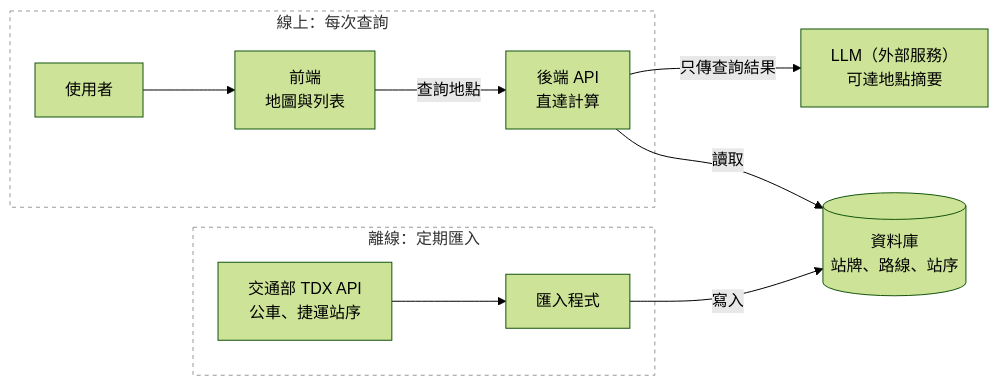
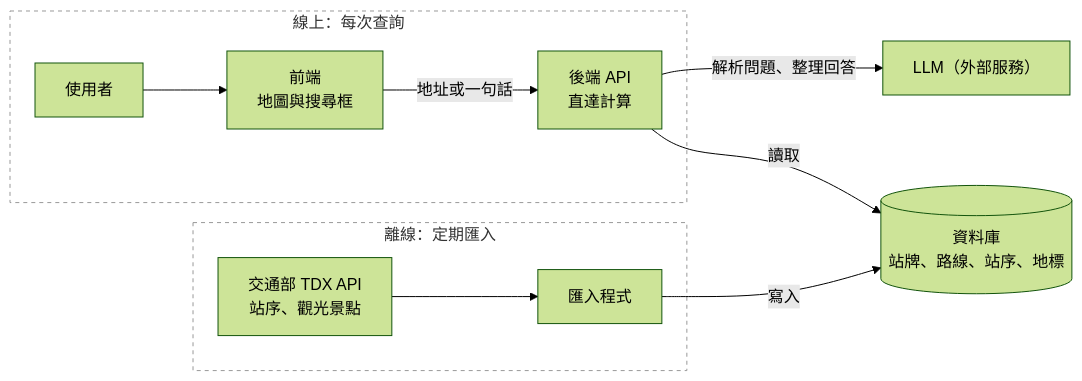
The second of 2 diagrams in proposal.md (transit-reach/dev-notes), drawn with Mermaid (forest theme) before and after one commit. The commit also changed other lines of this file and 28 other files, not shown here.

````diff
--- a/proposal.md
+++ b/proposal.md
@@ -63,15 +70,15 @@
 ```mermaid
 flowchart LR
     subgraph online["線上：每次查詢"]
-        User["使用者"] --> FE["前端<br/>地圖與列表"]
-        FE -->|"查詢地點"| API["後端 API<br/>直達計算"]
+        User["使用者"] --> FE["前端<br/>地圖與搜尋框"]
+        FE -->|"地址或一句話"| API["後端 API<br/>直達計算"]
     end
-    API -->|"只傳查詢結果"| LLM["LLM（外部服務）<br/>可達地點摘要"]
-    API -->|"讀取"| DB[("資料庫<br/>站牌、路線、站序")]
+    API -->|"解析問題、整理回答"| LLM["LLM（外部服務）"]
+    API -->|"讀取"| DB[("資料庫<br/>站牌、路線、站序、地標")]
     subgraph offline["離線：定期匯入"]
-        TDX["交通部 TDX API<br/>公車、捷運站序"] --> ETL["匯入程式"]
+        TDX["交通部 TDX API<br/>站序、觀光景點"] --> ETL["匯入程式"]
     end
     ETL -->|"寫入"| DB
     style offline fill:none,stroke:#999,stroke-dasharray:4 4
     style online fill:none,stroke:#999,stroke-dasharray:4 4
 ```
````
